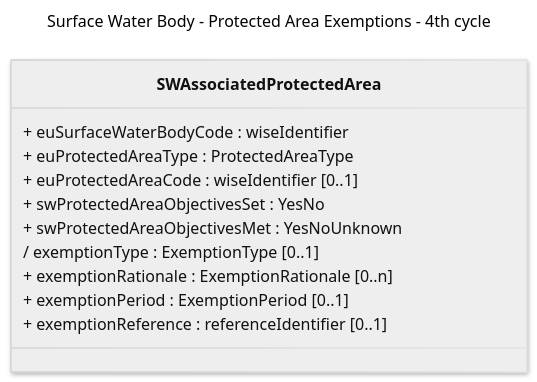
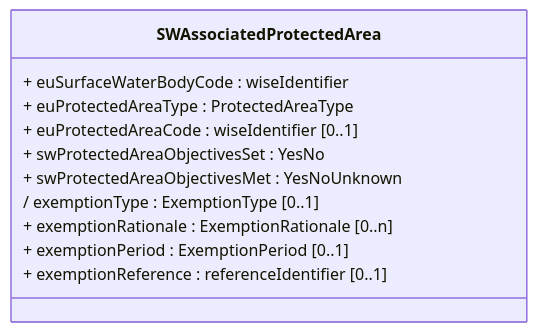
The fifth of 9 diagrams in docs/DataModelReview/WFDExemptions.md (eeadata/WISE.WFD.Documentation), drawn with Mermaid before and after one commit. The commit also changed other lines of this file and 7 other files, not shown here.

Commit message:
Proposed changes for the WFD Exemptions - now with the diagrams.

````diff
--- a/docs/DataModelReview/WFDExemptions.md
+++ b/docs/DataModelReview/WFDExemptions.md
@@ -264,23 +182,17 @@
 ```{mermaid}
----
-config:
-  class:
-    hideEmptyMembersBox: true
-  layout: dagre
-  theme: neutral
-  look: neo
-title: Surface Water Body - Protected Area Exemptions - 4th cycle
----
+:name: SWAssociatedProtectedAreaClass
+:caption: Surface Water Body - Associated Protected Area Exemption - 4th cycle
+:align: center
 classDiagram
 class SWAssociatedProtectedArea{
 	+ euSurfaceWaterBodyCode : wiseIdentifier
 	+ euProtectedAreaType : ProtectedAreaType 
 	+ euProtectedAreaCode : wiseIdentifier [0..1]
 	+ swProtectedAreaObjectivesSet : YesNo
 	+ swProtectedAreaObjectivesMet : YesNoUnknown
 	/ exemptionType : ExemptionType [0..1]
 	+ exemptionRationale : ExemptionRationale [0..n]
 	+ exemptionPeriod : ExemptionPeriod [0..1]
 	+ exemptionReference : referenceIdentifier [0..1]
 	   } 
 ```
````
